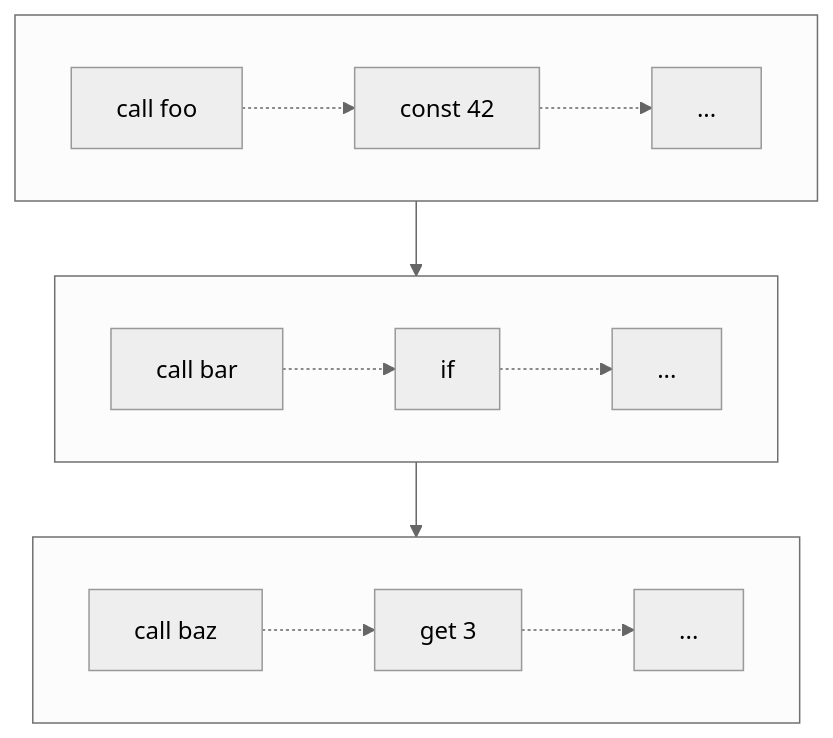
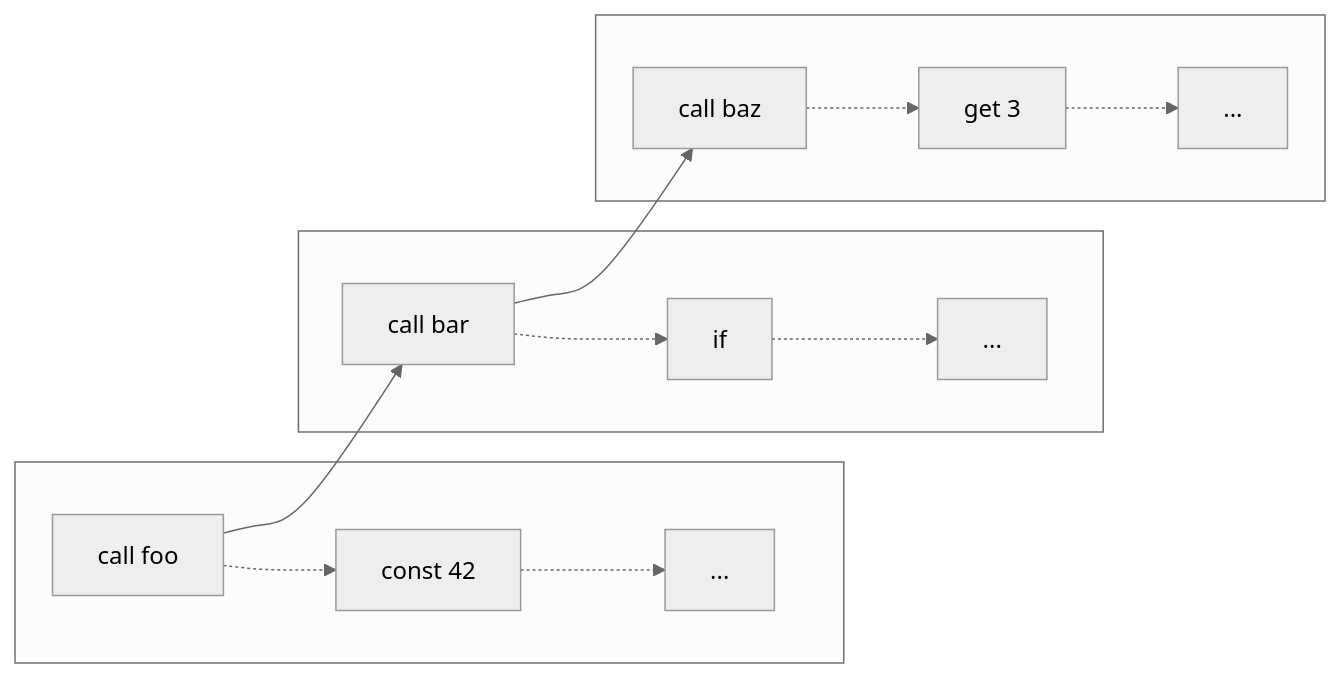
One commit to raviqqe/doc changed the diagram in slides/stak/unicode/backtrace.mmd. Above: the diagram before and after it, drawn with Mermaid (neutral theme).

```diff
--- a/slides/stak/unicode/backtrace.mmd
+++ b/slides/stak/unicode/backtrace.mmd
@@ -1,16 +1,16 @@
-flowchart TB
+flowchart LR
   subgraph s0[ ]
     c0[call foo] -.-> i0[const 42] -.-> i1[...]
   end
 
-  s0 --> s1
+  c0 --> c1
 
   subgraph s1[ ]
     c1[call bar] -.-> i2[if] -.-> i3[...]
   end
 
-  s1 --> s2
+  c1 --> c2
 
   subgraph s2[ ]
     c2[call baz] -.-> i4[get 3] -.-> i5[...]
   end
```
